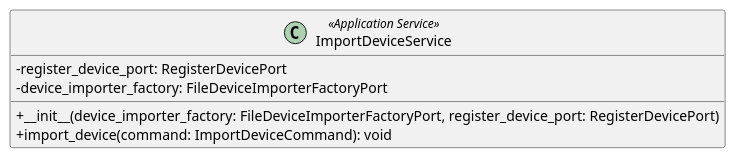
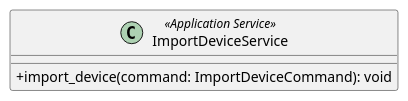
Before and after one commit to GroupRubberDuck/Documentazione: the diagram in src/PB/DocumentazioneEsterna/Specifica_Tecnica/content/uml/puml/Diagrammi_classi/Backend/ApplicationServices/ImportDeviceService.puml, drawn with PlantUML. The commit also changed 34 other files, not shown here.

```diff
--- a/src/PB/DocumentazioneEsterna/Specifica_Tecnica/content/uml/puml/Diagrammi_classi/Backend/ApplicationServices/ImportDeviceService.puml
+++ b/src/PB/DocumentazioneEsterna/Specifica_Tecnica/content/uml/puml/Diagrammi_classi/Backend/ApplicationServices/ImportDeviceService.puml
@@ -1,10 +1,8 @@
 @startuml ImportDeviceService
 skinparam classAttributeIconSize 0
+
 class ImportDeviceService <<Application Service>> {
-    - register_device_port: RegisterDevicePort
-    - device_importer_factory: FileDeviceImporterFactoryPort
-    + __init__(device_importer_factory: FileDeviceImporterFactoryPort, register_device_port: RegisterDevicePort)
     + import_device(command: ImportDeviceCommand): void
 }
 
 @enduml
```
